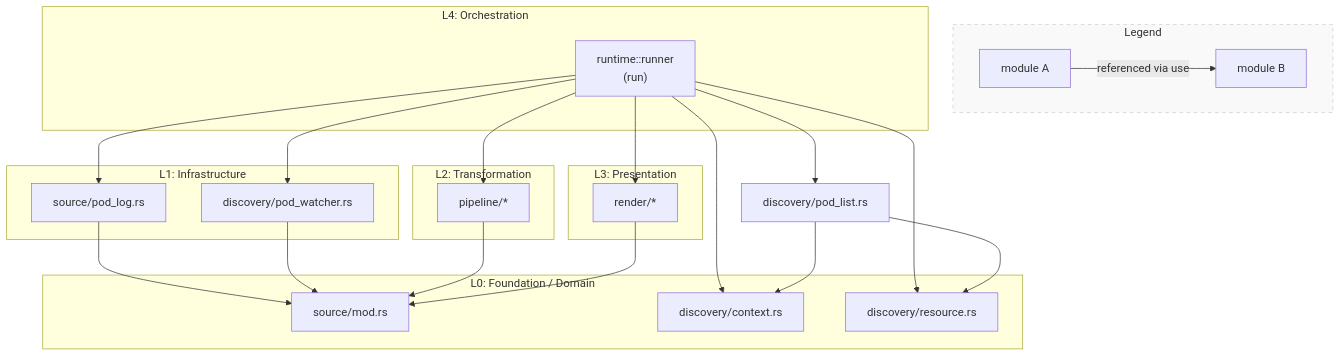
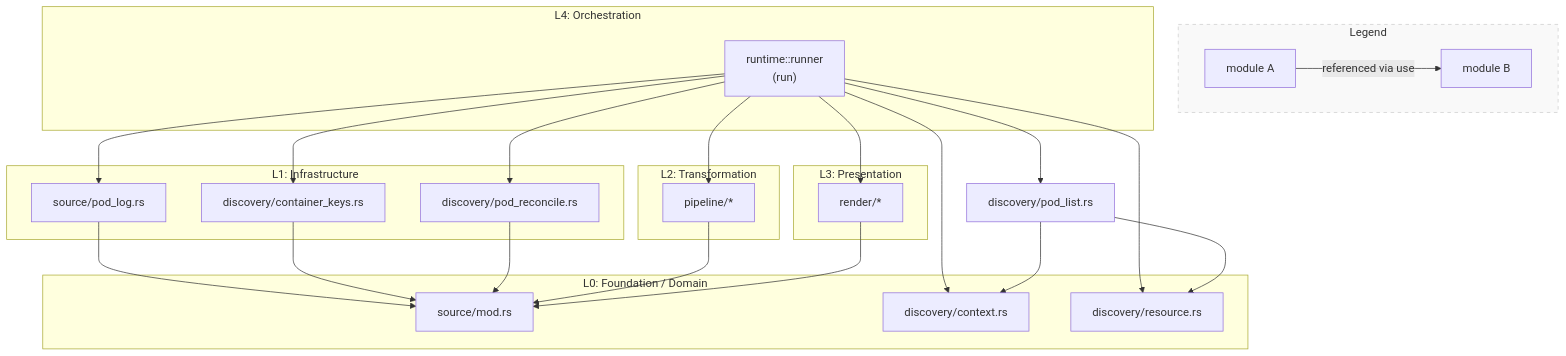
One commit to daisuke8000/rustern changed the first of 5 diagrams in crates/rustern-core/README.md. Above: the diagram before and after it, drawn with Mermaid. The commit also changed other lines of this file and 17 other files, not shown here.

````diff
--- a/crates/rustern-core/README.md
+++ b/crates/rustern-core/README.md
@@ -65,48 +65,51 @@
 ```mermaid
 flowchart TD
     subgraph Legend [Legend]
         direction LR
         NodeA[module A] -->|referenced via use| NodeB[module B]
     end
 
     subgraph L4 [L4: Orchestration]
         Runtime["runtime::runner<br/>(run)"]
     end
 
     subgraph L3 [L3: Presentation]
         Render["render/*"]
     end
 
     subgraph L2 [L2: Transformation]
         Pipeline["pipeline/*"]
     end
 
     subgraph L1 [L1: Infrastructure]
         PodLog["source/pod_log.rs"]
-        PodWatcher["discovery/pod_watcher.rs"]
+        ContainerKeys["discovery/container_keys.rs"]
+        PodReconcile["discovery/pod_reconcile.rs"]
     end
 
     subgraph L0 [L0: Foundation / Domain]
         SrcMod["source/mod.rs"]
         DiscCtx["discovery/context.rs"]
         DiscRes["discovery/resource.rs"]
     end
 
     Runtime --> DiscCtx
     Runtime --> DiscRes
     Runtime --> PodList["discovery/pod_list.rs"]
-    Runtime --> PodWatcher
+    Runtime --> ContainerKeys
+    Runtime --> PodReconcile
     Runtime --> PodLog
     Runtime --> Pipeline
     Runtime --> Render
 
     PodList --> DiscRes
     PodList --> DiscCtx
 
     PodLog --> SrcMod
-    PodWatcher --> SrcMod
+    ContainerKeys --> SrcMod
+    PodReconcile --> SrcMod
     Pipeline --> SrcMod
     Render --> SrcMod
 
     style Legend fill:#f9f9f9,stroke:#ccc,stroke-dasharray: 5 5
 ```
````
